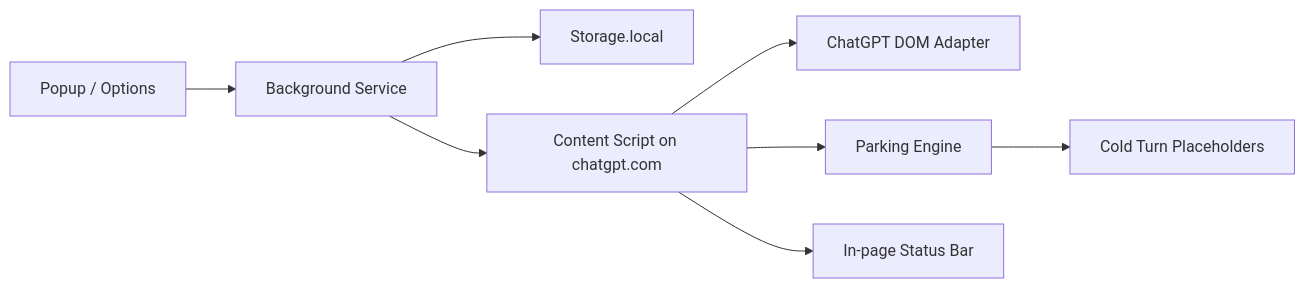
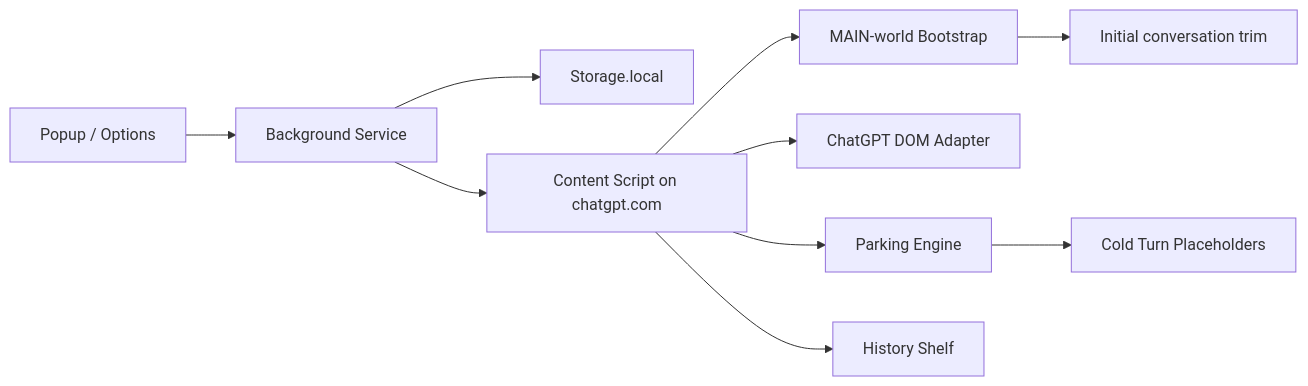
The diagram in docs/architecture.md (mo2g/ChatGPT-TurboRender), drawn with Mermaid before and after one commit. The commit also changed other lines of this file and 18 other files, not shown here.

````diff
--- a/docs/architecture.md
+++ b/docs/architecture.md
@@ -37,10 +37,12 @@
 ```mermaid
 flowchart LR
   A["Popup / Options"] --> B["Background Service"]
   B --> C["Storage.local"]
   B --> D["Content Script on chatgpt.com"]
-  D --> E["ChatGPT DOM Adapter"]
-  D --> F["Parking Engine"]
-  D --> G["In-page Status Bar"]
-  F --> H["Cold Turn Placeholders"]
+  D --> E["MAIN-world Bootstrap"]
+  D --> F["ChatGPT DOM Adapter"]
+  D --> G["Parking Engine"]
+  D --> H["History Shelf"]
+  E --> I["Initial conversation trim"]
+  G --> J["Cold Turn Placeholders"]
 ```
````
